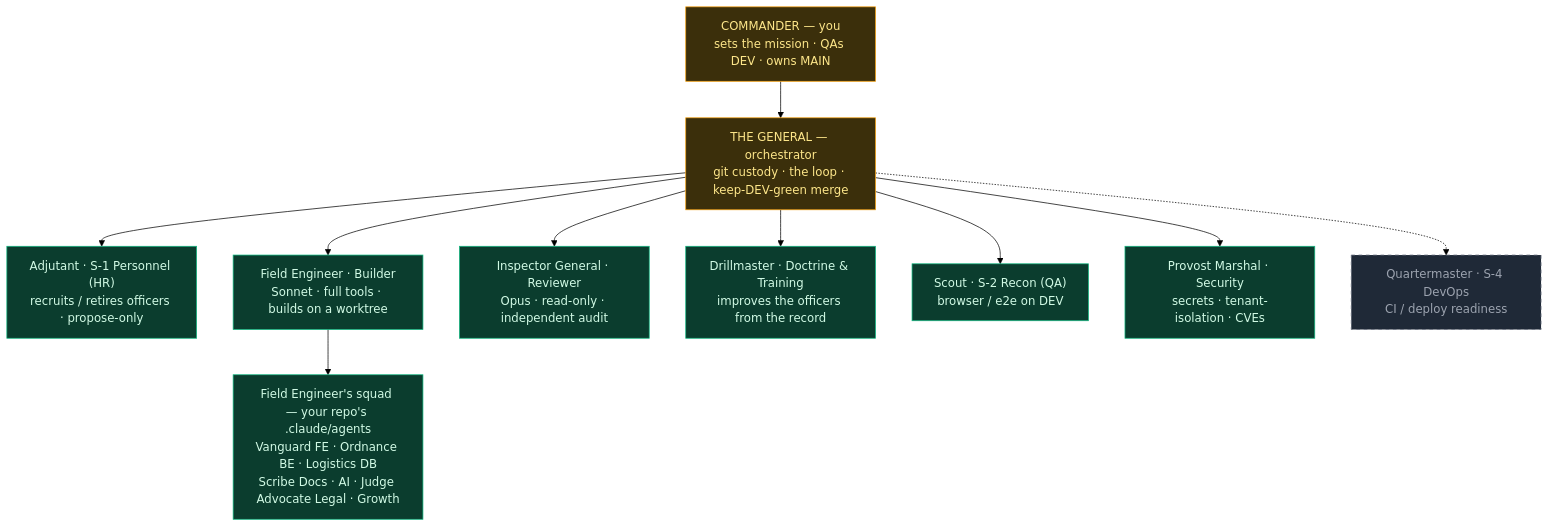
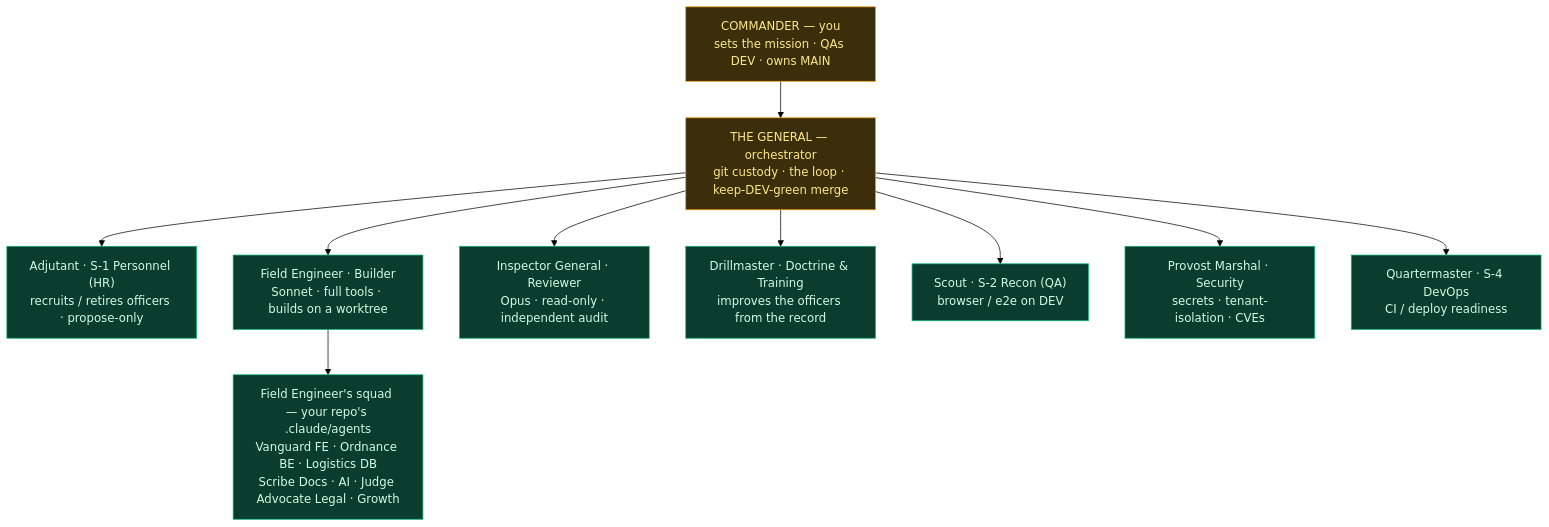
Before and after one commit to roman-berlin/Elite-Squad: the first of 3 diagrams in ORG.md, drawn with Mermaid (forest theme). The commit also changed other lines of this file and 9 other files, not shown here.

````diff
--- a/ORG.md
+++ b/ORG.md
@@ -13,23 +13,22 @@
 ```mermaid
 graph TD
     C["COMMANDER — you<br/>sets the mission · QAs DEV · owns MAIN"]
     G["THE GENERAL — orchestrator<br/>git custody · the loop · keep-DEV-green merge"]
     C --> G
 
     G --> ADJ["Adjutant · S-1 Personnel (HR)<br/>recruits / retires officers · propose-only"]
     G --> ENG["Field Engineer · Builder<br/>Sonnet · full tools · builds on a worktree"]
     G --> INS["Inspector General · Reviewer<br/>Opus · read-only · independent audit"]
     G --> DRL["Drillmaster · Doctrine & Training<br/>improves the officers from the record"]
     G --> SCT["Scout · S-2 Recon (QA)<br/>browser / e2e on DEV"]
     G --> PRV["Provost Marshal · Security<br/>secrets · tenant-isolation · CVEs"]
-    G -.-> QM["Quartermaster · S-4 DevOps<br/>CI / deploy readiness"]
+    G --> QM["Quartermaster · S-4 DevOps<br/>CI / deploy readiness"]
 
     ENG --> SQ["Field Engineer's squad — your repo's .claude/agents<br/>Vanguard FE · Ordnance BE · Logistics DB<br/>Scribe Docs · AI · Judge Advocate Legal · Growth"]
 
     classDef command fill:#3b2f0b,stroke:#f59e0b,color:#fde68a;
     classDef active fill:#0b3d2e,stroke:#10b981,color:#d1fae5;
     classDef planned fill:#1f2937,stroke:#6b7280,color:#9ca3af,stroke-dasharray:5 5;
     class C,G command;
-    class ADJ,ENG,INS,DRL,SCT,PRV,SQ active;
-    class QM planned;
+    class ADJ,ENG,INS,DRL,SCT,PRV,QM,SQ active;
 ```
````
